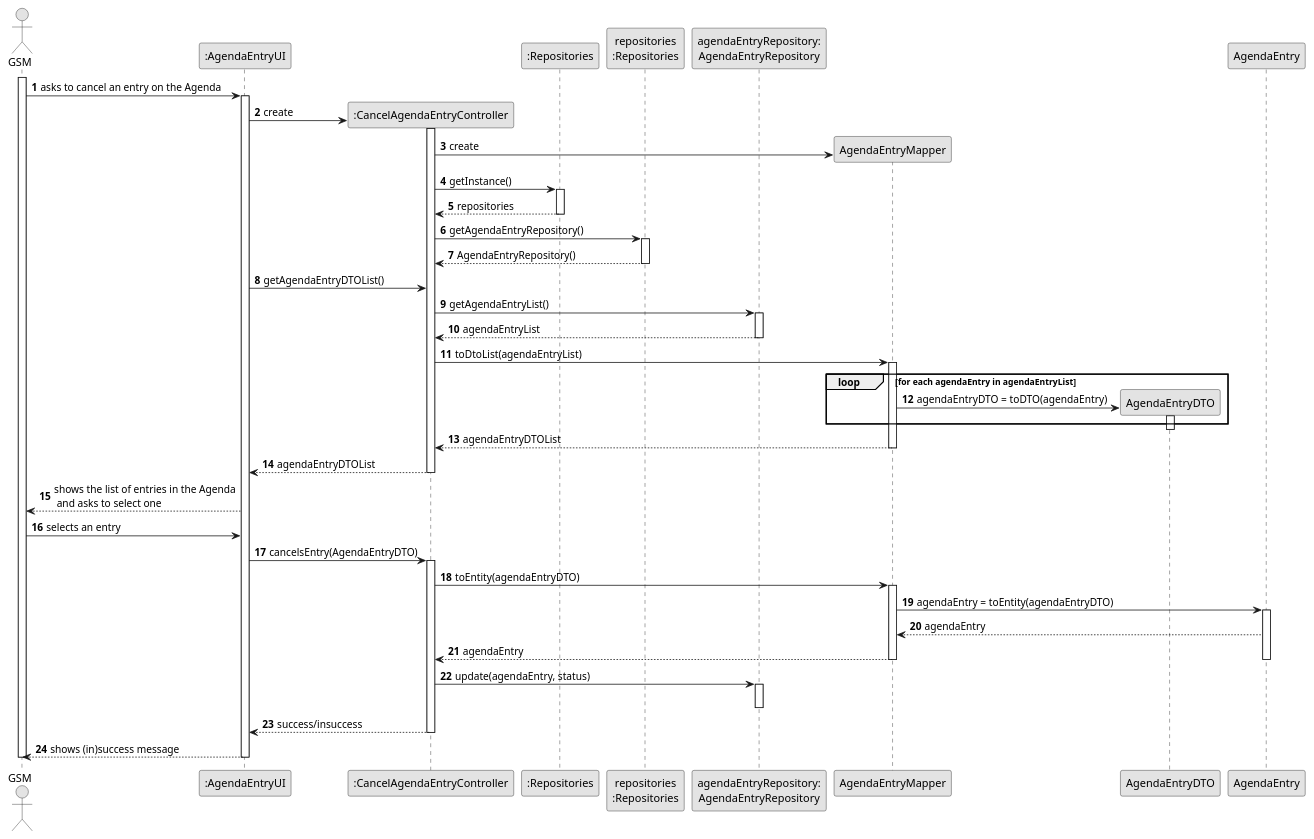
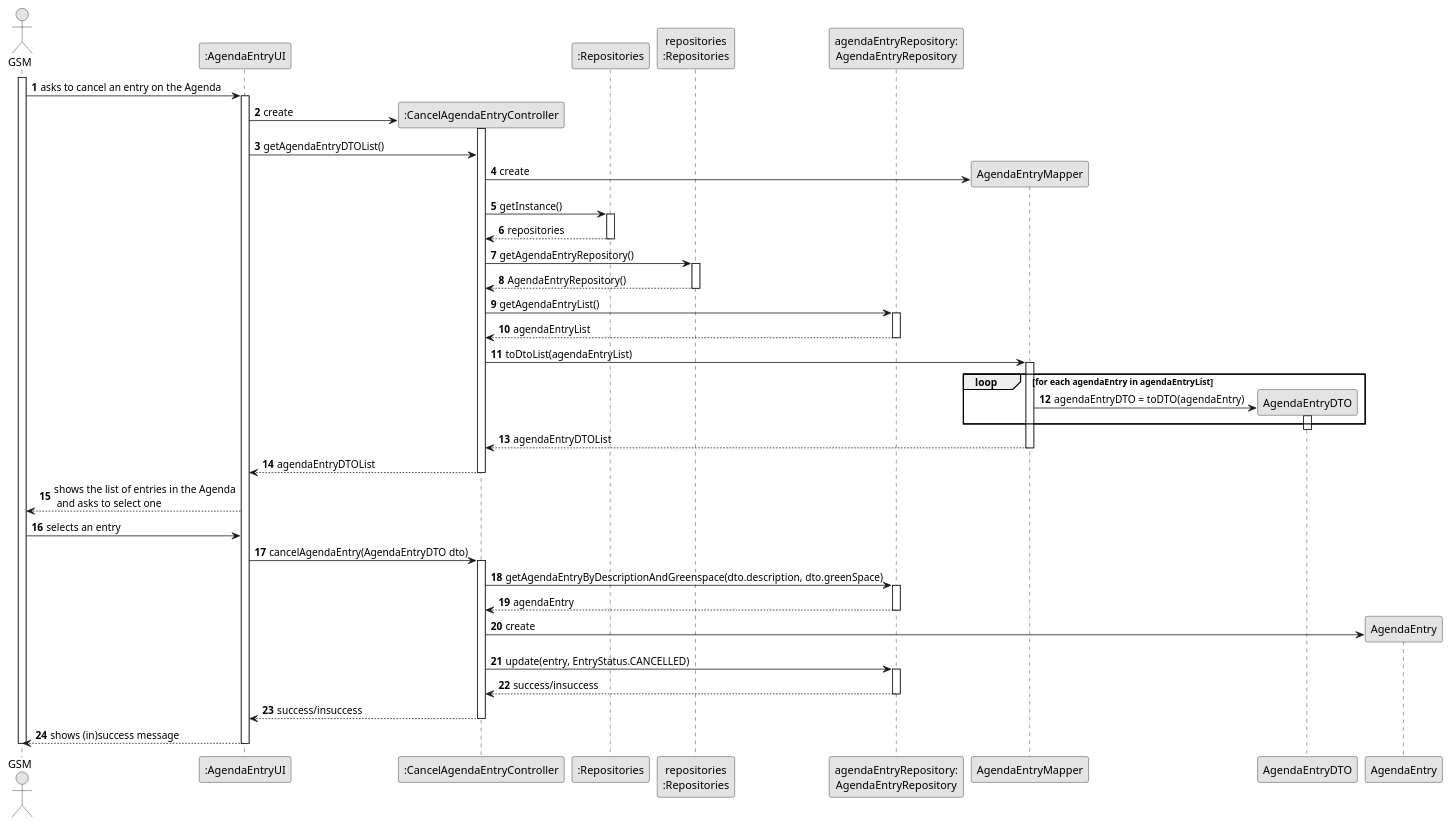
One commit to Departamento-de-Engenharia-Informatica/lei-24-s2-1do-g164 changed the diagram in docs/sprintC/us025/03.design/puml/us025-sequence-diagram-full.puml. Above: the diagram before and after it, drawn with PlantUML. The commit also changed 6 other files, not shown here.

Commit message:
us23(docs): sd and class diagram final corrections

```diff
--- a/docs/sprintC/us025/03.design/puml/us025-sequence-diagram-full.puml
+++ b/docs/sprintC/us025/03.design/puml/us025-sequence-diagram-full.puml
@@ -1,109 +1,111 @@
 @startuml
 skinparam monochrome true
 skinparam packageStyle rectangle
 skinparam shadowing false
 
 autonumber
 
 'hide footbox
 actor "GSM" as GSM
 participant ":AgendaEntryUI" as UI
 participant ":CancelAgendaEntryController" as CTRL
 participant ":Repositories" as RepositorySingleton
 participant "repositories\n:Repositories" as PLAT
 participant "agendaEntryRepository:\nAgendaEntryRepository" as Repo
 participant "AgendaEntryMapper"
 participant "AgendaEntryDTO"
 participant "AgendaEntry"
 
 
 activate GSM
 
                 GSM -> UI : asks to cancel an entry on the Agenda
 
                 activate UI
 
                 UI -> CTRL** : create
                 activate CTRL
+
+                 UI-> CTRL: getAgendaEntryDTOList()
+
                 CTRL-> "AgendaEntryMapper"** : create
+
+
+
 
 
 
                 CTRL -> RepositorySingleton : getInstance()
                 activate RepositorySingleton
 
                     RepositorySingleton --> CTRL: repositories
                 deactivate RepositorySingleton
 
 
                 CTRL -> PLAT : getAgendaEntryRepository()
                 activate PLAT
 
                     PLAT --> CTRL: AgendaEntryRepository()
                 deactivate PLAT
-
-                UI-> CTRL: getAgendaEntryDTOList()
 
 
                 CTRL -> Repo : getAgendaEntryList()
                 activate Repo
 
                 Repo --> CTRL: agendaEntryList
                 deactivate Repo
 
 
 
 
                 CTRL -> "AgendaEntryMapper" : toDtoList(agendaEntryList)
                 activate "AgendaEntryMapper"
 
 
                  loop for each agendaEntry in agendaEntryList
 
                  "AgendaEntryMapper" -> "AgendaEntryDTO"** : agendaEntryDTO = toDTO(agendaEntry)
 
                   activate "AgendaEntryDTO"
                   end
                 deactivate "AgendaEntryDTO"
 
                 "AgendaEntryMapper" --> CTRL : agendaEntryDTOList
                 deactivate "AgendaEntryMapper"
 
                  CTRL --> UI : agendaEntryDTOList
                  deactivate CTRL
 
                   UI --> GSM : shows the list of entries in the Agenda\n and asks to select one
 
 
                  GSM-> UI: selects an entry
 
-                 UI-> CTRL: cancelsEntry(AgendaEntryDTO)
+                UI-> CTRL: cancelAgendaEntry(AgendaEntryDTO dto)
                 activate CTRL
-                CTRL-> "AgendaEntryMapper":toEntity(agendaEntryDTO)
-                activate "AgendaEntryMapper"
-                 "AgendaEntryMapper" -> "AgendaEntry": agendaEntry = toEntity(agendaEntryDTO)
-                 activate "AgendaEntry"
-                 AgendaEntry-->"AgendaEntryMapper": agendaEntry
+
+                CTRL-> Repo: getAgendaEntryByDescriptionAndGreenspace(dto.description, dto.greenSpace)
+                activate Repo
+                Repo-->CTRL: agendaEntry
+                deactivate Repo
+                CTRL-> "AgendaEntry"**: create
+
+
+                CTRL-> Repo: update(entry, EntryStatus.CANCELLED)
+                activate Repo
+                Repo-->CTRL: success/insuccess
 
 
 
-
-                "AgendaEntryMapper"-->CTRL: agendaEntry
-                deactivate "AgendaEntry"
-                deactivate "AgendaEntryMapper"
-
-                CTRL-> Repo: update(agendaEntry, status)
-
-                activate Repo
-                deactivate "AgendaEntry"
+               deactivate "AgendaEntry"
               deactivate Repo
 
                 CTRL --> UI : success/insuccess
                 deactivate CTRL
                UI --> GSM : shows (in)success message
                deactivate UI
 
 
                deactivate GSM
 
 @enduml
```
